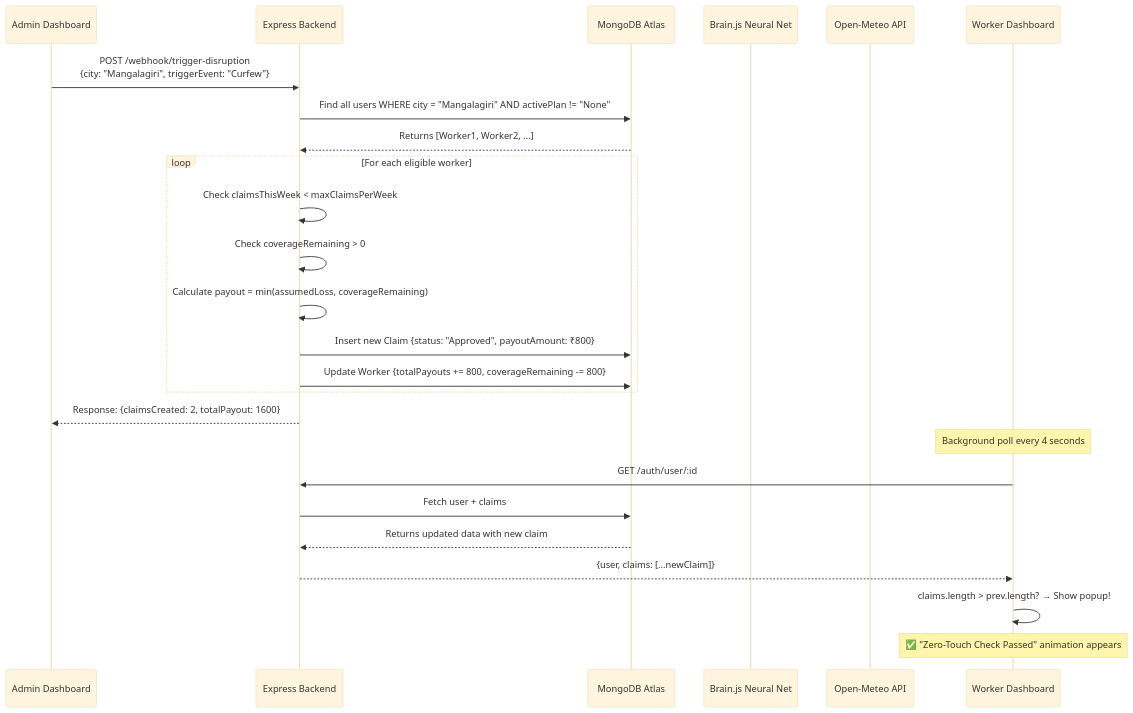
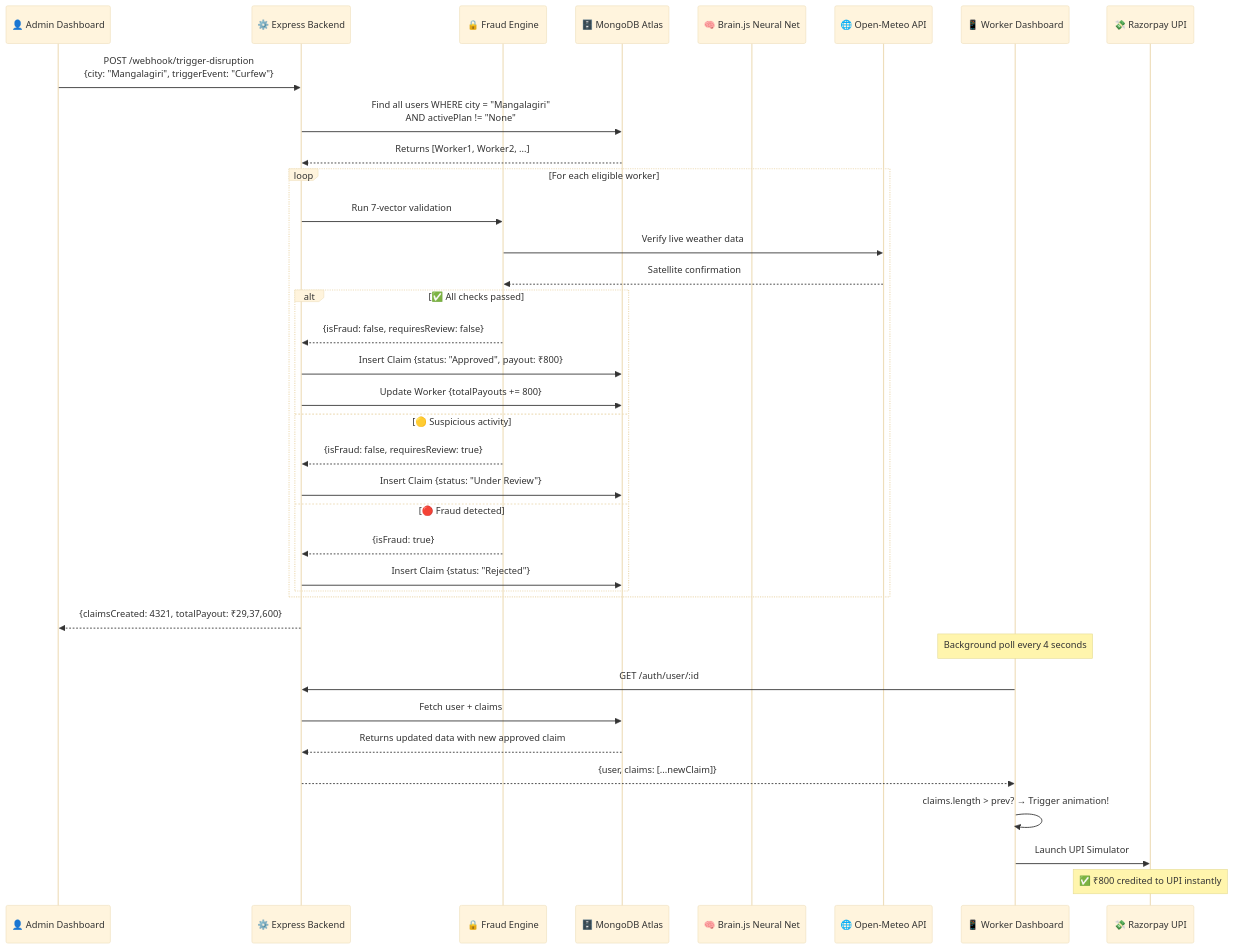
The fifth of 5 diagrams in README.md (ANSUJKMEHER/GigShield-AI), drawn with Mermaid (base theme) before and after one commit. The commit also changed other lines of this file, not shown here.

Commit message:
docs: rewrite README for Phase 3 final submission with mermaid diagrams and comprehensive docs

````diff
--- a/README.md
+++ b/README.md
@@ -278,31 +403,44 @@
 ```mermaid
 sequenceDiagram
-    participant Admin as Admin Dashboard
-    participant API as Express Backend
-    participant DB as MongoDB Atlas
-    participant NN as Brain.js Neural Net
-    participant Weather as Open-Meteo API
-    participant Worker as Worker Dashboard
+    participant Admin as 👤 Admin Dashboard
+    participant API as ⚙️ Express Backend
+    participant Fraud as 🔒 Fraud Engine
+    participant DB as 🗄️ MongoDB Atlas
+    participant NN as 🧠 Brain.js Neural Net
+    participant Weather as 🌐 Open-Meteo API
+    participant Worker as 📱 Worker Dashboard
+    participant Razorpay as 💸 Razorpay UPI
 
     Admin->>API: POST /webhook/trigger-disruption<br/>{city: "Mangalagiri", triggerEvent: "Curfew"}
-    API->>DB: Find all users WHERE city = "Mangalagiri" AND activePlan != "None"
+    API->>DB: Find all users WHERE city = "Mangalagiri"<br/>AND activePlan != "None"
     DB-->>API: Returns [Worker1, Worker2, ...]
     
     loop For each eligible worker
-        API->>API: Check claimsThisWeek < maxClaimsPerWeek
-        API->>API: Check coverageRemaining > 0
-        API->>API: Calculate payout = min(assumedLoss, coverageRemaining)
-        API->>DB: Insert new Claim {status: "Approved", payoutAmount: ₹800}
-        API->>DB: Update Worker {totalPayouts += 800, coverageRemaining -= 800}
+        API->>Fraud: Run 7-vector validation
+        Fraud->>Weather: Verify live weather data
+        Weather-->>Fraud: Satellite confirmation
+        
+        alt ✅ All checks passed
+            Fraud-->>API: {isFraud: false, requiresReview: false}
+            API->>DB: Insert Claim {status: "Approved", payout: ₹800}
+            API->>DB: Update Worker {totalPayouts += 800}
+        else 🟡 Suspicious activity
+            Fraud-->>API: {isFraud: false, requiresReview: true}
+            API->>DB: Insert Claim {status: "Under Review"}
+        else 🔴 Fraud detected
+            Fraud-->>API: {isFraud: true}
+            API->>DB: Insert Claim {status: "Rejected"}
+        end
     end
     
-    API-->>Admin: Response: {claimsCreated: 2, totalPayout: 1600}
+    API-->>Admin: {claimsCreated: 4321, totalPayout: ₹29,37,600}
     
     Note over Worker: Background poll every 4 seconds
     Worker->>API: GET /auth/user/:id
     API->>DB: Fetch user + claims
-    DB-->>API: Returns updated data with new claim
+    DB-->>API: Returns updated data with new approved claim
     API-->>Worker: {user, claims: [...newClaim]}
-    Worker->>Worker: claims.length > prev.length? → Show popup!
-    Note over Worker: ✅ "Zero-Touch Check Passed" animation appears
+    Worker->>Worker: claims.length > prev? → Trigger animation!
+    Worker->>Razorpay: Launch UPI Simulator
+    Note over Razorpay: ✅ ₹800 credited to UPI instantly
 ```
````
